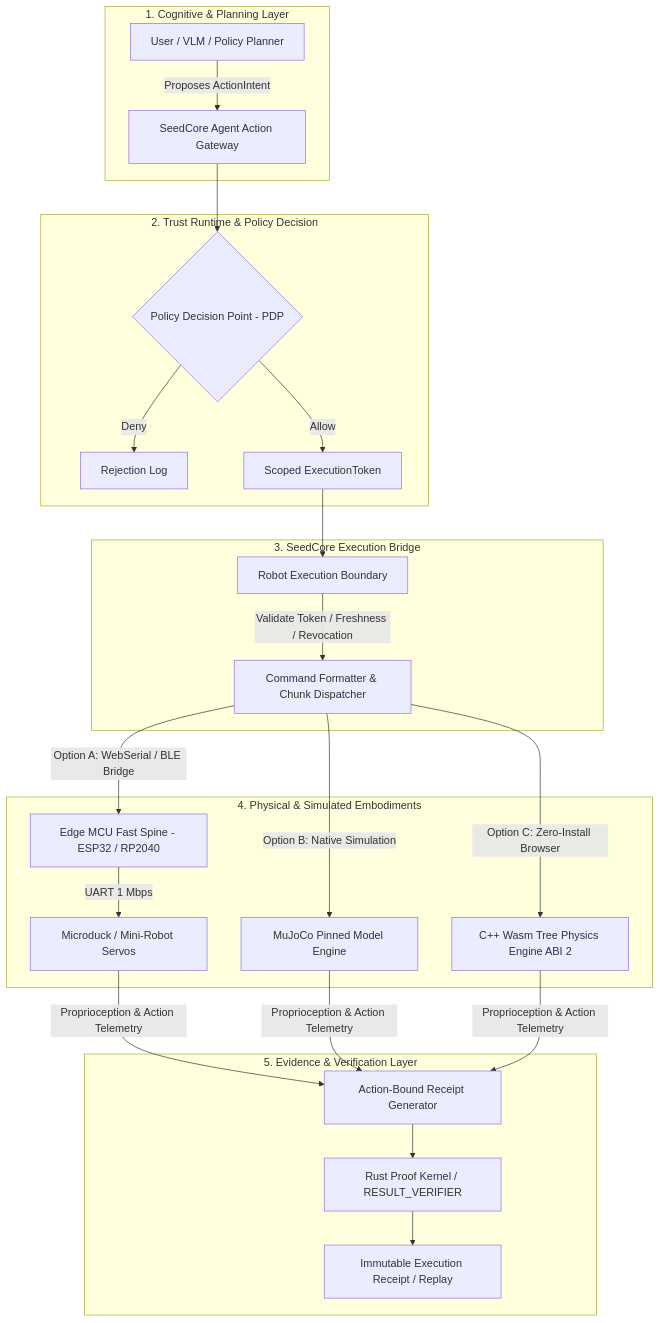
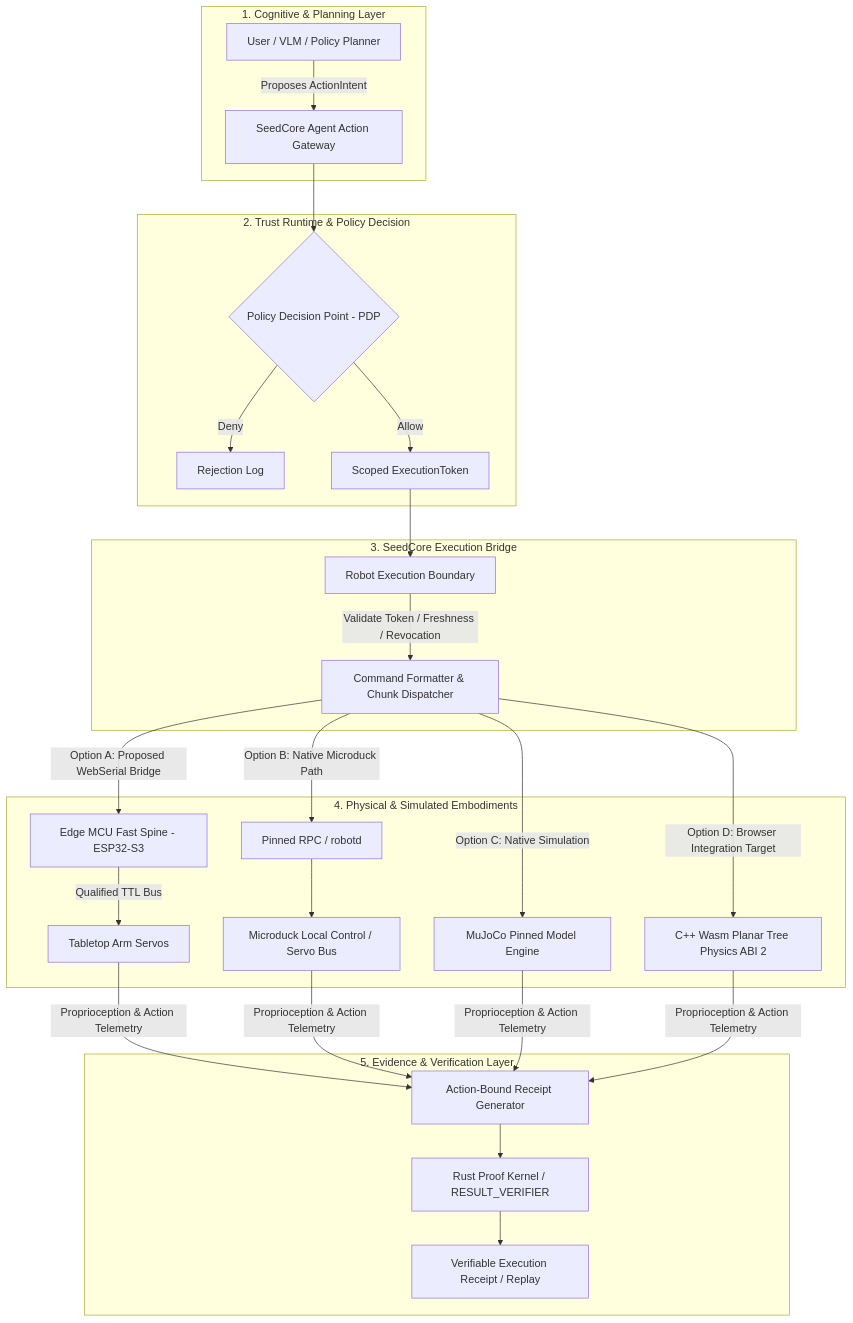
The diagram in README.md (NeilLi/seedcore), drawn with Mermaid before and after one commit. The commit also changed other lines of this file and 26 other files, not shown here.

Commit message:
docs: align physical AI roadmap and OEM strategy

````diff
--- a/README.md
+++ b/README.md
@@ -47,30 +68,32 @@
 ```mermaid
 flowchart TD
     subgraph Cognitive ["1. Cognitive & Planning Layer"]
         A[User / VLM / Policy Planner] -->|Proposes ActionIntent| B[SeedCore Agent Action Gateway]
     end
 
     subgraph Trust ["2. Trust Runtime & Policy Decision"]
         B --> C{Policy Decision Point - PDP}
         C -->|Deny| D[Rejection Log]
         C -->|Allow| E[Scoped ExecutionToken]
     end
 
     subgraph ExecutionBridge ["3. SeedCore Execution Bridge"]
         E --> F[Robot Execution Boundary]
         F -->|Validate Token / Freshness / Revocation| G[Command Formatter & Chunk Dispatcher]
     end
 
     subgraph SimulationOrHardware ["4. Physical & Simulated Embodiments"]
-        G -->|Option A: WebSerial / BLE Bridge| H[Edge MCU Fast Spine - ESP32 / RP2040]
-        H -->|UART 1 Mbps| I[Microduck / Mini-Robot Servos]
-        G -->|Option B: Native Simulation| J[MuJoCo Pinned Model Engine]
-        G -->|Option C: Zero-Install Browser| K[C++ Wasm Tree Physics Engine ABI 2]
+        G -->|Option A: Proposed WebSerial Bridge| H[Edge MCU Fast Spine - ESP32-S3]
+        H -->|Qualified TTL Bus| I[Tabletop Arm Servos]
+        G -->|Option B: Native Microduck Path| P[Pinned RPC / robotd]
+        P --> Q[Microduck Local Control / Servo Bus]
+        G -->|Option C: Native Simulation| J[MuJoCo Pinned Model Engine]
+        G -->|Option D: Browser Integration Target| K[C++ Wasm Planar Tree Physics ABI 2]
     end
 
     subgraph EvidencePipeline ["5. Evidence & Verification Layer"]
-        I & J & K -->|Proprioception & Action Telemetry| L[Action-Bound Receipt Generator]
+        I & Q & J & K -->|Proprioception & Action Telemetry| L[Action-Bound Receipt Generator]
         L --> M[Rust Proof Kernel / RESULT_VERIFIER]
-        M --> N[Immutable Execution Receipt / Replay]
+        M --> N[Verifiable Execution Receipt / Replay]
     end
 ```
````
